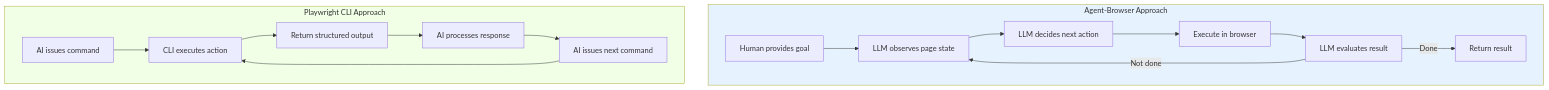
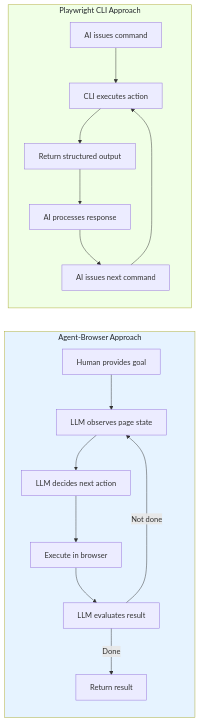
One commit to bytetunnels/bytetunnels.github.com changed the first of 5 diagrams in _posts/2026-02-18-agent-browser-vs-playwright-cli-ai-browser-control.md. Above: the diagram before and after it, drawn with Mermaid. The commit also changed other lines of this file and 118 other files, not shown here.

Commit message:
feat: improve diagram styling and compact wide flowcharts

````diff
--- a/_posts/2026-02-18-agent-browser-vs-playwright-cli-ai-browser-control.md
+++ b/_posts/2026-02-18-agent-browser-vs-playwright-cli-ai-browser-control.md
@@ -25,22 +25,22 @@
 ```mermaid
-graph TD
+graph LR
     subgraph AB["Agent-Browser Approach"]
         A1["Human provides goal"] --> A2["LLM observes page state"]
         A2 --> A3["LLM decides next action"]
         A3 --> A4["Execute in browser"]
         A4 --> A5["LLM evaluates result"]
         A5 -->|"Not done"| A2
         A5 -->|"Done"| A6["Return result"]
     end
 
     subgraph PC["Playwright CLI Approach"]
         B1["AI issues command"] --> B2["CLI executes action"]
         B2 --> B3["Return structured output"]
         B3 --> B4["AI processes response"]
         B4 --> B5["AI issues next command"]
         B5 --> B2
     end
 
-    style AB fill:#e6f3ff
-    style PC fill:#f0ffe6
+    style AB fill:#e6f3ff,color:#1f2328
+    style PC fill:#f0ffe6,color:#1f2328
 ```
````
